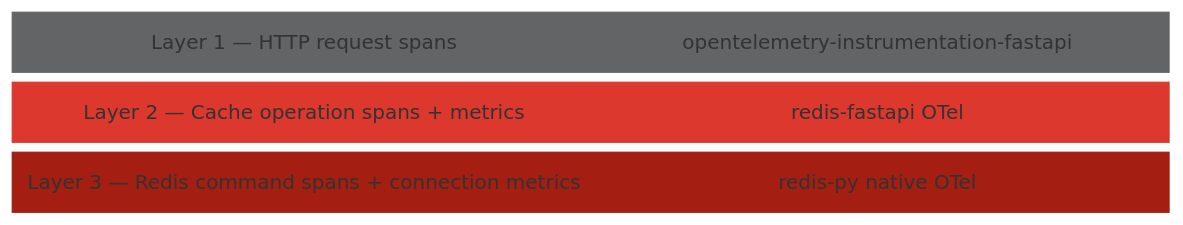
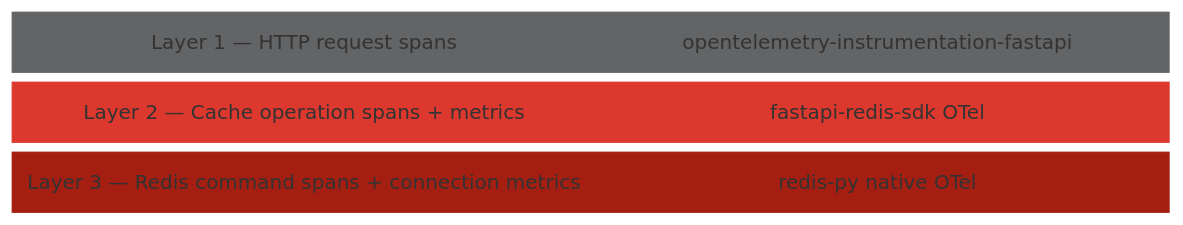
One commit to ysinghc/fastapi-redis-sdk changed the second of 2 diagrams in docs/guide/architecture.md. Above: the diagram before and after it, drawn with Mermaid (neutral theme). The commit also changed other lines of this file and 24 other files, not shown here.

````diff
--- a/docs/guide/architecture.md
+++ b/docs/guide/architecture.md
@@ -305,29 +305,29 @@
 ```mermaid
 block-beta
     columns 1
     block:L1:1
         columns 2
         l1["Layer 1 — HTTP request spans"]
         l1src["opentelemetry-instrumentation-fastapi"]
     end
     block:L2:1
         columns 2
         l2["Layer 2 — Cache operation spans + metrics"]
-        l2src["redis-fastapi OTel"]
+        l2src["fastapi-redis-sdk OTel"]
     end
     block:L3:1
         columns 2
         l3["Layer 3 — Redis command spans + connection metrics"]
         l3src["redis-py native OTel"]
     end
 
     style L1 fill:#636466,color:#ffffff,stroke:#636466
     style L2 fill:#DC382D,color:#ffffff,stroke:#DC382D
     style L3 fill:#A41E11,color:#ffffff,stroke:#A41E11
     style l1 fill:#636466,color:#ffffff,stroke:none
     style l1src fill:#636466,color:#ffffff,stroke:none
     style l2 fill:#DC382D,color:#ffffff,stroke:none
     style l2src fill:#DC382D,color:#ffffff,stroke:none
     style l3 fill:#A41E11,color:#ffffff,stroke:none
     style l3src fill:#A41E11,color:#ffffff,stroke:none
 ```
````
